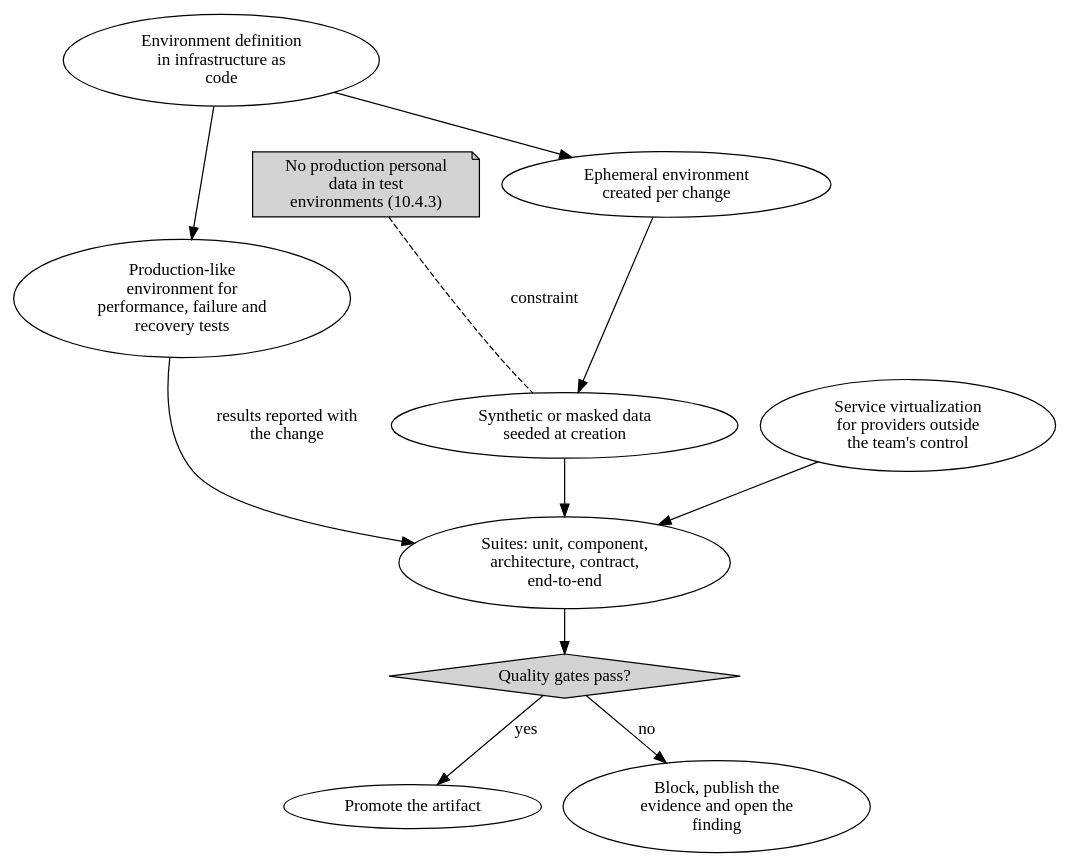
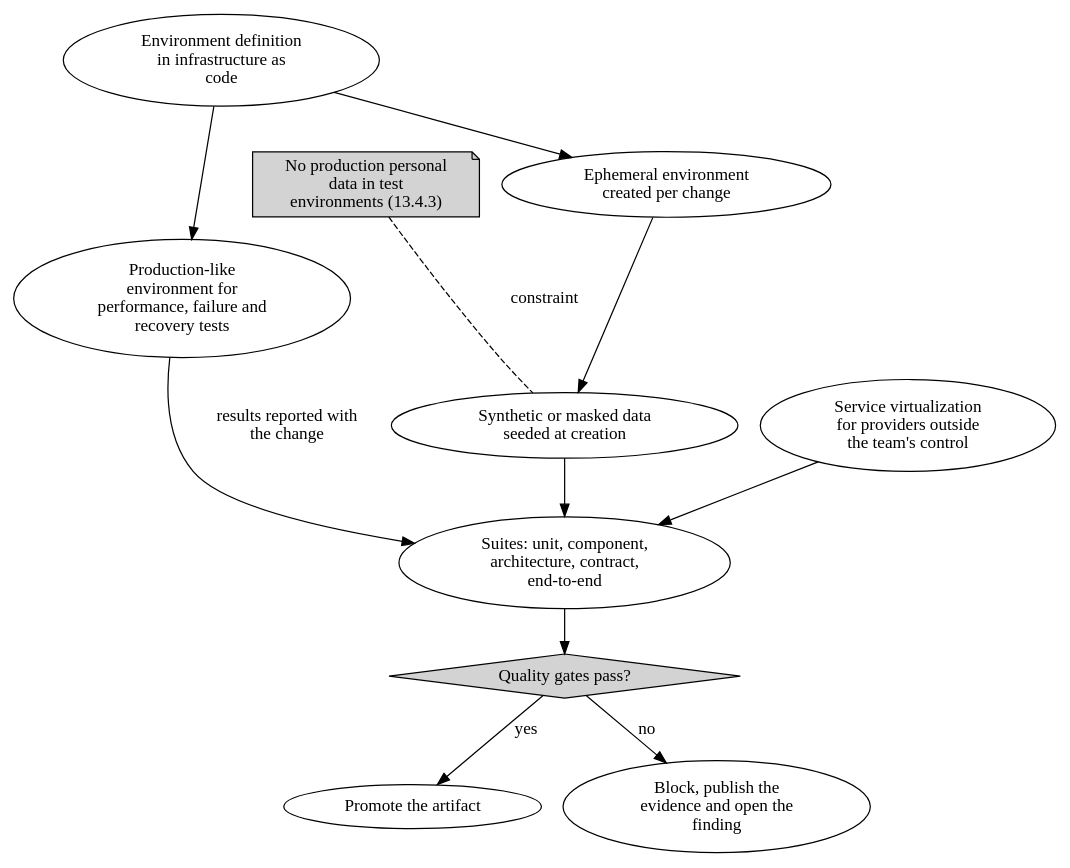
The diagram in assets/diagrams/src/ch12-test-environment-flow.dot (cesarcastrocuba/handbook-solutions-architecture), drawn with Graphviz before and after one commit. The commit also changed 63 other files, not shown here.

```diff
--- a/assets/diagrams/src/ch12-test-environment-flow.dot
+++ b/assets/diagrams/src/ch12-test-environment-flow.dot
@@ -1,21 +1,21 @@
 digraph G { 
 
  rankdir=TB;
  iac [label="Environment definition\nin infrastructure as\ncode"];
  eph [label="Ephemeral environment\ncreated per change"];
  data [label="Synthetic or masked data\nseeded at creation"];
  virt [label="Service virtualization\nfor providers outside\nthe team's control"];
  suites [label="Suites: unit, component,\narchitecture, contract,\nend-to-end"];
  gate [label="Quality gates pass?", shape=diamond, style="filled"];
  ok [label="Promote the artifact"];
  no [label="Block, publish the\nevidence and open the\nfinding"];
  prod [label="Production-like\nenvironment for\nperformance, failure and\nrecovery tests"];
- guard [label="No production personal\ndata in test\nenvironments (10.4.3)", shape=note, style="filled"];
+ guard [label="No production personal\ndata in test\nenvironments (13.4.3)", shape=note, style="filled"];
  iac->eph->data->suites->gate;
  virt->suites;
  iac->prod;
  prod->suites [label="results reported with\nthe change"];
  gate->ok [label="yes"];
  gate->no [label="no"];
  guard->data [style=dashed, arrowhead=none, label="constraint"];
 }
```
